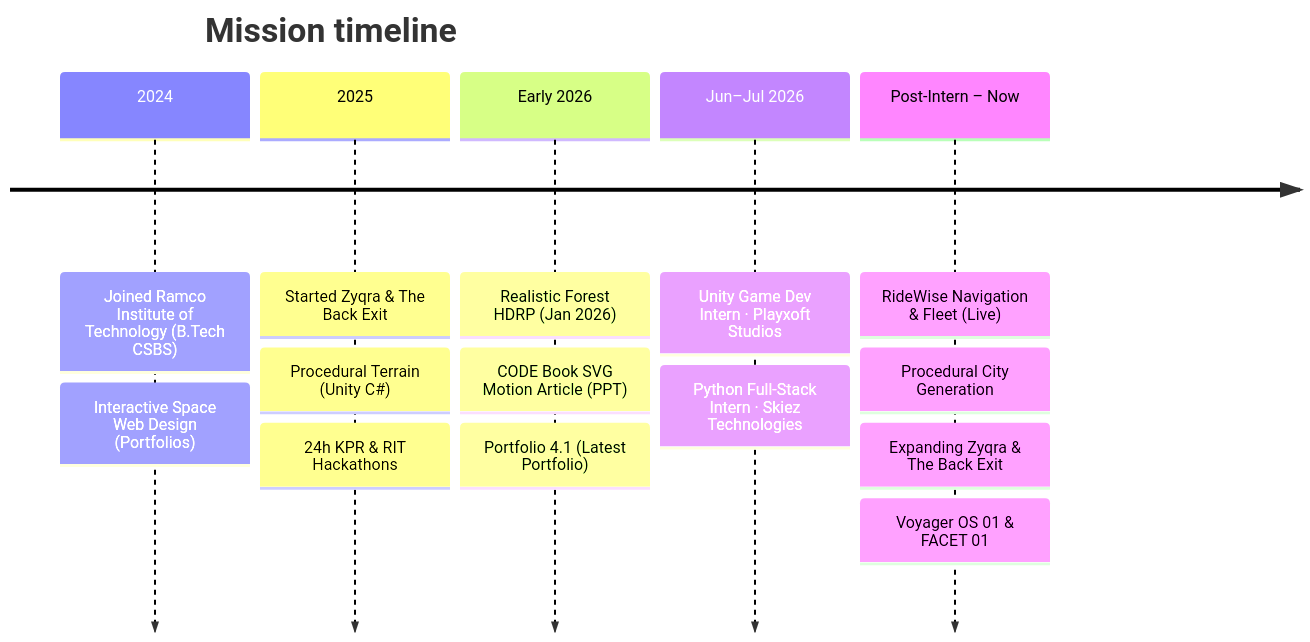
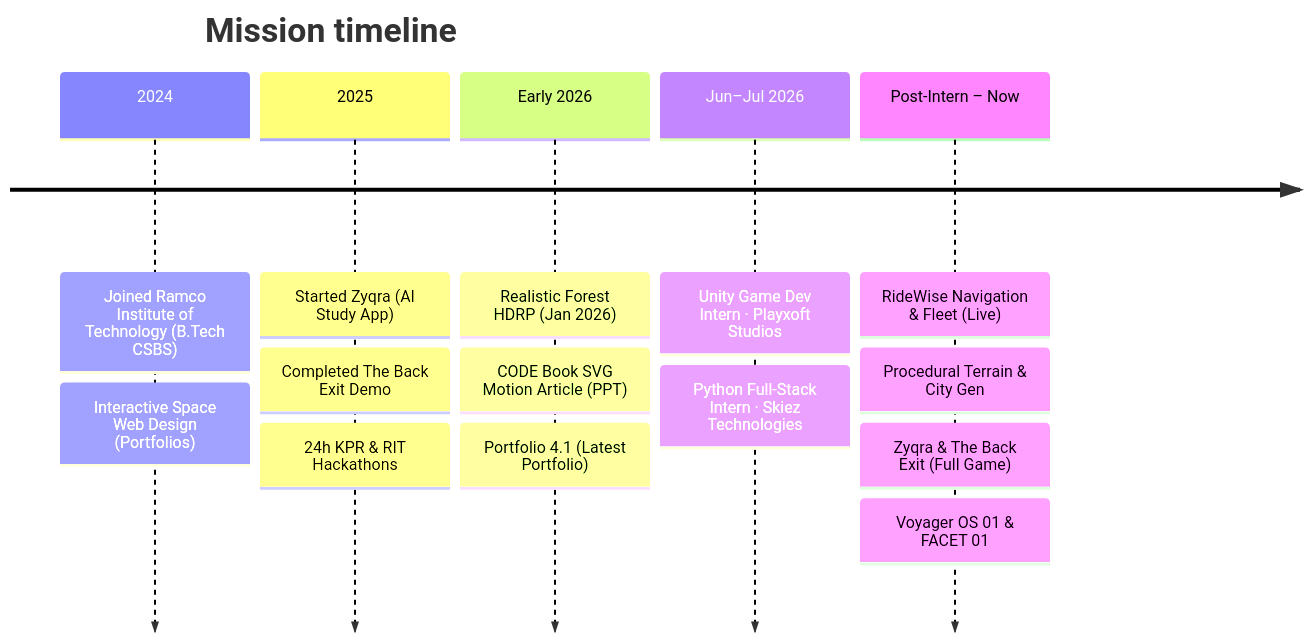
The diagram in README.md (sGokulaKumaran/sGokulaKumaran), drawn with Mermaid before and after one commit.

Commit message:
Consolidate Procedural Terrain & City Gen post-intern and mark The Back Exit 2025 demo

````diff
--- a/README.md
+++ b/README.md
@@ -119,9 +119,9 @@
 ```mermaid
 timeline
     title Mission timeline
     2024 : Joined Ramco Institute of Technology (B.Tech CSBS) : Interactive Space Web Design (Portfolios)
-    2025 : Started Zyqra & The Back Exit : Procedural Terrain (Unity C#) : 24h KPR & RIT Hackathons
+    2025 : Started Zyqra (AI Study App) : Completed The Back Exit Demo : 24h KPR & RIT Hackathons
     Early 2026 : Realistic Forest HDRP (Jan 2026) : CODE Book SVG Motion Article (PPT) : Portfolio 4.1 (Latest Portfolio)
     Jun–Jul 2026 : Unity Game Dev Intern · Playxoft Studios : Python Full-Stack Intern · Skiez Technologies
-    Post-Intern – Now : RideWise Navigation & Fleet (Live) : Procedural City Generation : Expanding Zyqra & The Back Exit : Voyager OS 01 & FACET 01
+    Post-Intern – Now : RideWise Navigation & Fleet (Live) : Procedural Terrain & City Gen : Zyqra & The Back Exit (Full Game) : Voyager OS 01 & FACET 01
 ```
````
